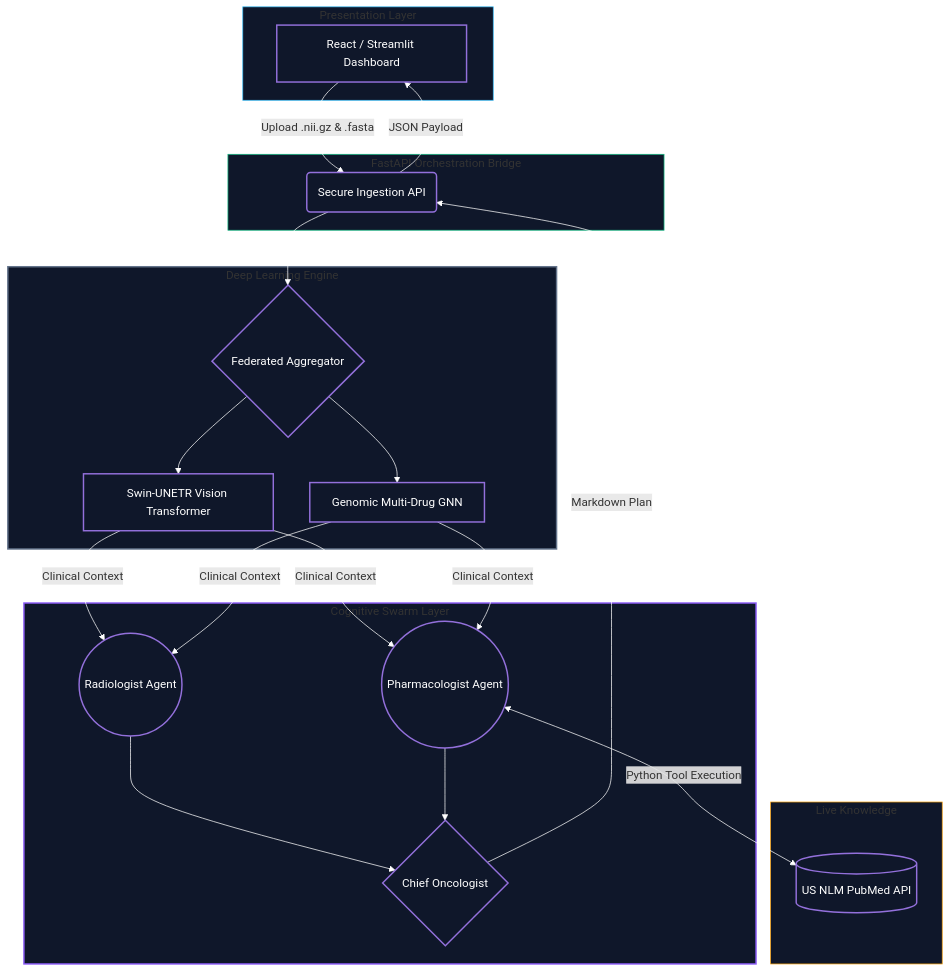
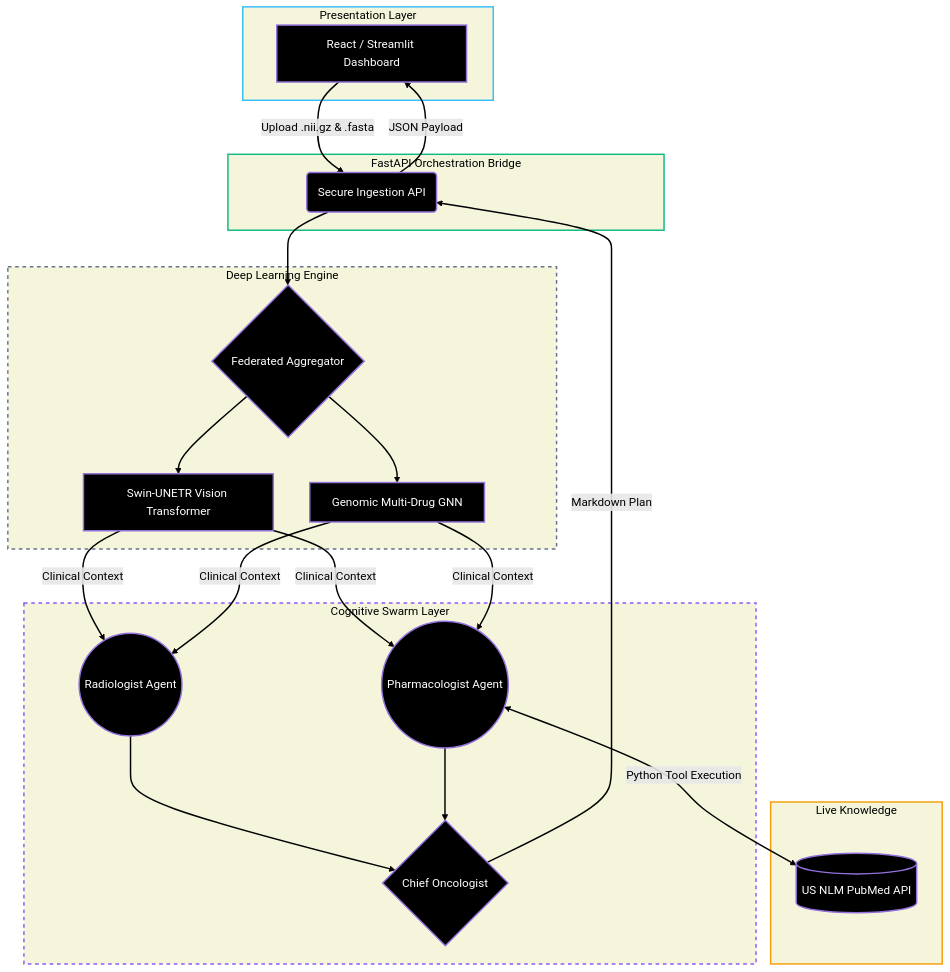
The diagram in README.md (Arjo216/Medica-Empower-Pro), drawn with Mermaid before and after one commit. The commit also changed other lines of this file, not shown here.

Commit message:
Refactor Mermaid diagram styles in README
Updated styling for Mermaid diagrams in README.

````diff
--- a/README.md
+++ b/README.md
@@ -29,52 +29,50 @@
 ```mermaid
 graph TD
-    %% General link style to force light-colored arrows for maximum visibility on all backgrounds
-    linkStyle default stroke:white
+    %% Force all connecting arrows and their text labels to be black
+    linkStyle default stroke:#000000,stroke-width:2px,color:#000000
 
     subgraph PresentationLayer [Presentation Layer]
         A[React / Streamlit Dashboard]
     end
 
     subgraph BridgeLayer [FastAPI Orchestration Bridge]
         B(Secure Ingestion API)
     end
 
     subgraph DeepLearningLayer [Deep Learning Engine]
         C{Federated Aggregator}
         D[Swin-UNETR Vision Transformer]
         E[Genomic Multi-Drug GNN]
     end
 
     subgraph CognitiveLayer [Cognitive Swarm Layer]
         F((Radiologist Agent))
         G((Pharmacologist Agent))
         H{Chief Oncologist}
     end
 
     subgraph ExternalLayer [Live Knowledge]
         I[(US NLM PubMed API)]
     end
 
     A -->|Upload .nii.gz & .fasta| B
     B --> C
     C --> D & E
     D & E -->|Clinical Context| F & G
     G <-->|Python Tool Execution| I
     F --> H
     G --> H
     H -->|Markdown Plan| B
     B -->|JSON Payload| A
 
-    %% Node and Subgraph Styling
-    classDef darkNode fill:#0f172a,color:#fff,stroke-width:2px;
+    %% Node Styling: Inside blocks are black with white text
+    classDef blackNode fill:#000000,color:#ffffff,stroke-width:2px;
+    class A,B,C,D,E,F,G,H,I blackNode;
 
-    %% Assign all nodes to the general darkNode class
-    class A,B,C,D,E,F,G,H,I darkNode;
-
-    %% Subgraph-specific styling for container outlines and solid, deep dark backgrounds
-    style PresentationLayer fill:#0f172a,stroke:#38bdf8,stroke-width:2px; %% Blue outline
-    style BridgeLayer fill:#0f172a,stroke:#10b981,stroke-width:2px; %% Green outline
-    style DeepLearningLayer fill:#0f172a,stroke:#64748b,stroke-width:2px,stroke-dasharray: 5 5; %% Grey dashed outline for engine
-    style CognitiveLayer fill:#0f172a,stroke:#8b5cf6,stroke-width:2px,stroke-dasharray: 5 5; %% Purple dashed outline for layer
-    style ExternalLayer fill:#0f172a,stroke:#f59e0b,stroke-width:2px; %% Amber outline for External
+    %% Subgraph Styling: Outer blocks are "biscuit" colored with black title text
+    style PresentationLayer fill:#F5F5DC,stroke:#38bdf8,stroke-width:2px,color:#000000
+    style BridgeLayer fill:#F5F5DC,stroke:#10b981,stroke-width:2px,color:#000000
+    style DeepLearningLayer fill:#F5F5DC,stroke:#64748b,stroke-width:2px,stroke-dasharray: 5 5,color:#000000
+    style CognitiveLayer fill:#F5F5DC,stroke:#8b5cf6,stroke-width:2px,stroke-dasharray: 5 5,color:#000000
+    style ExternalLayer fill:#F5F5DC,stroke:#f59e0b,stroke-width:2px,color:#000000
 ```
````
